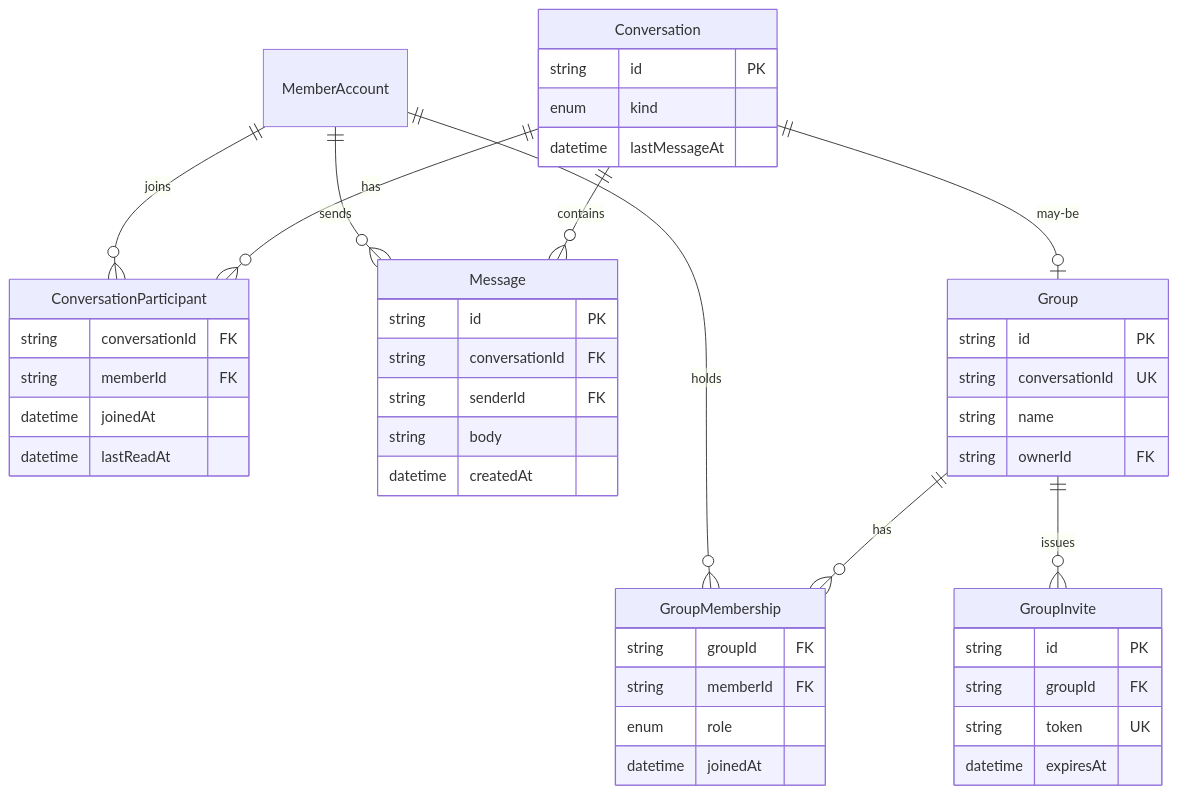
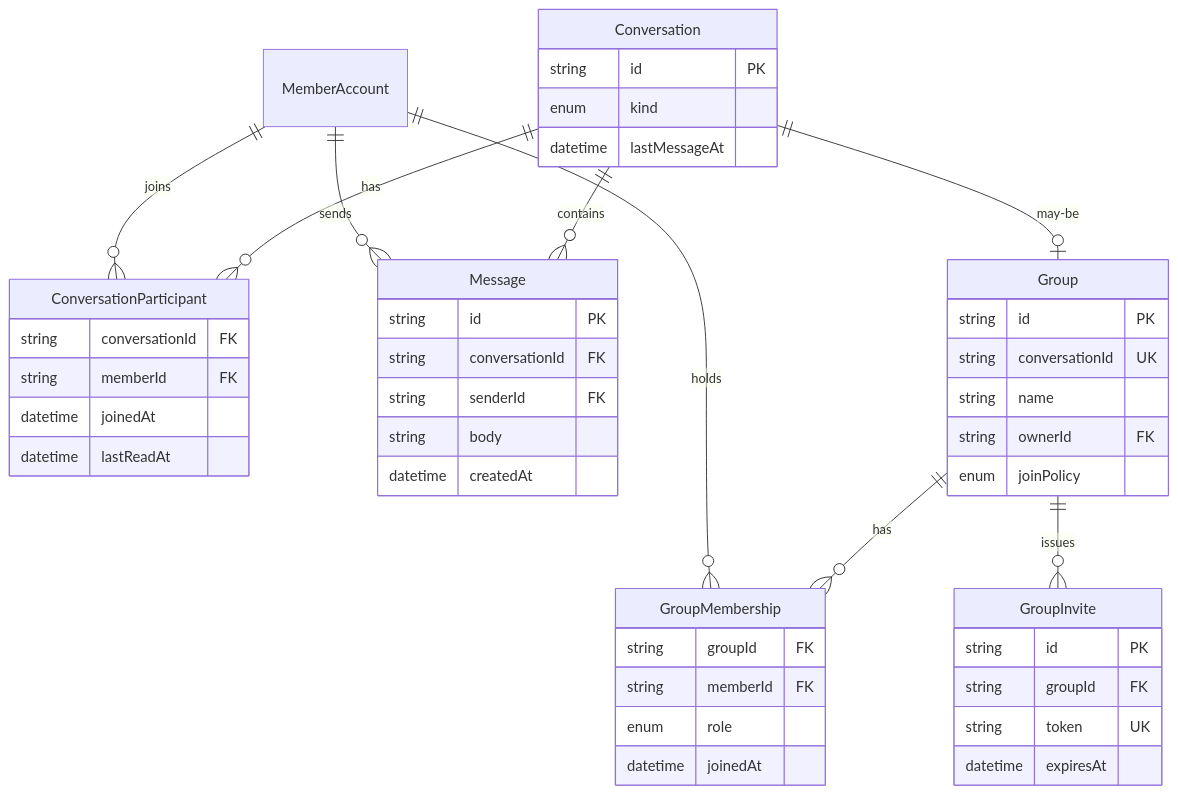
Before and after one commit to masseater/typescript-template: the diagram in apps/internal-dashboard/content/docs/data-model/messaging.md, drawn with Mermaid. The commit also changed other lines of this file and 26 other files, not shown here.

````diff
--- a/apps/internal-dashboard/content/docs/data-model/messaging.md
+++ b/apps/internal-dashboard/content/docs/data-model/messaging.md
@@ -10,47 +10,48 @@
 ```mermaid
 erDiagram
   Conversation ||--o{ ConversationParticipant : has
   Conversation ||--o{ Message : contains
   Conversation ||--o| Group : may-be
   Group ||--o{ GroupMembership : has
   Group ||--o{ GroupInvite : issues
   MemberAccount ||--o{ ConversationParticipant : joins
   MemberAccount ||--o{ Message : sends
   MemberAccount ||--o{ GroupMembership : holds
   Conversation {
     string id PK
     enum kind
     datetime lastMessageAt
   }
   ConversationParticipant {
     string conversationId FK
     string memberId FK
     datetime joinedAt
     datetime lastReadAt
   }
   Message {
     string id PK
     string conversationId FK
     string senderId FK
     string body
     datetime createdAt
   }
   Group {
     string id PK
     string conversationId UK
     string name
     string ownerId FK
+    enum joinPolicy
   }
   GroupMembership {
     string groupId FK
     string memberId FK
     enum role
     datetime joinedAt
   }
   GroupInvite {
     string id PK
     string groupId FK
     string token UK
     datetime expiresAt
   }
 ```
````
